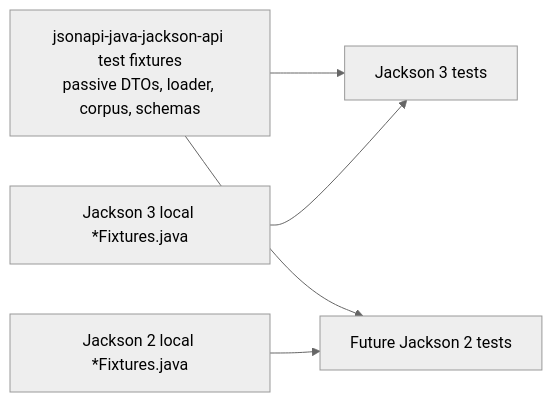
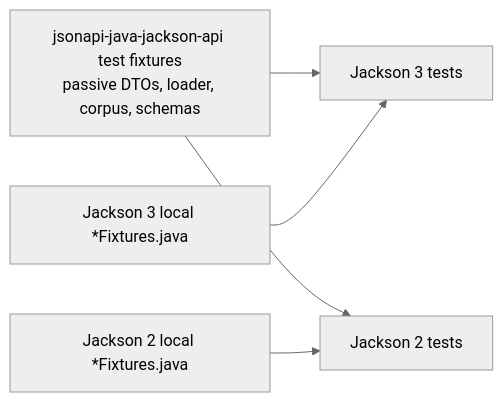
One commit to kazforge/jsonapi-java changed the sixth of 6 diagrams in docs/architecture.md. Above: the diagram before and after it, drawn with Mermaid (neutral theme). The commit also changed other lines of this file and 22 other files, not shown here.

````diff
--- a/docs/architecture.md
+++ b/docs/architecture.md
@@ -285,7 +295,7 @@
 ```mermaid
 flowchart LR
   FX["jsonapi-java-jackson-api test fixtures<br/>passive DTOs, loader, corpus, schemas"] --> J3["Jackson 3 tests"]
-  FX --> J2["Future Jackson 2 tests"]
+  FX --> J2["Jackson 2 tests"]
   J3L["Jackson 3 local *Fixtures.java"] --> J3
   J2L["Jackson 2 local *Fixtures.java"] --> J2
 ```
````
